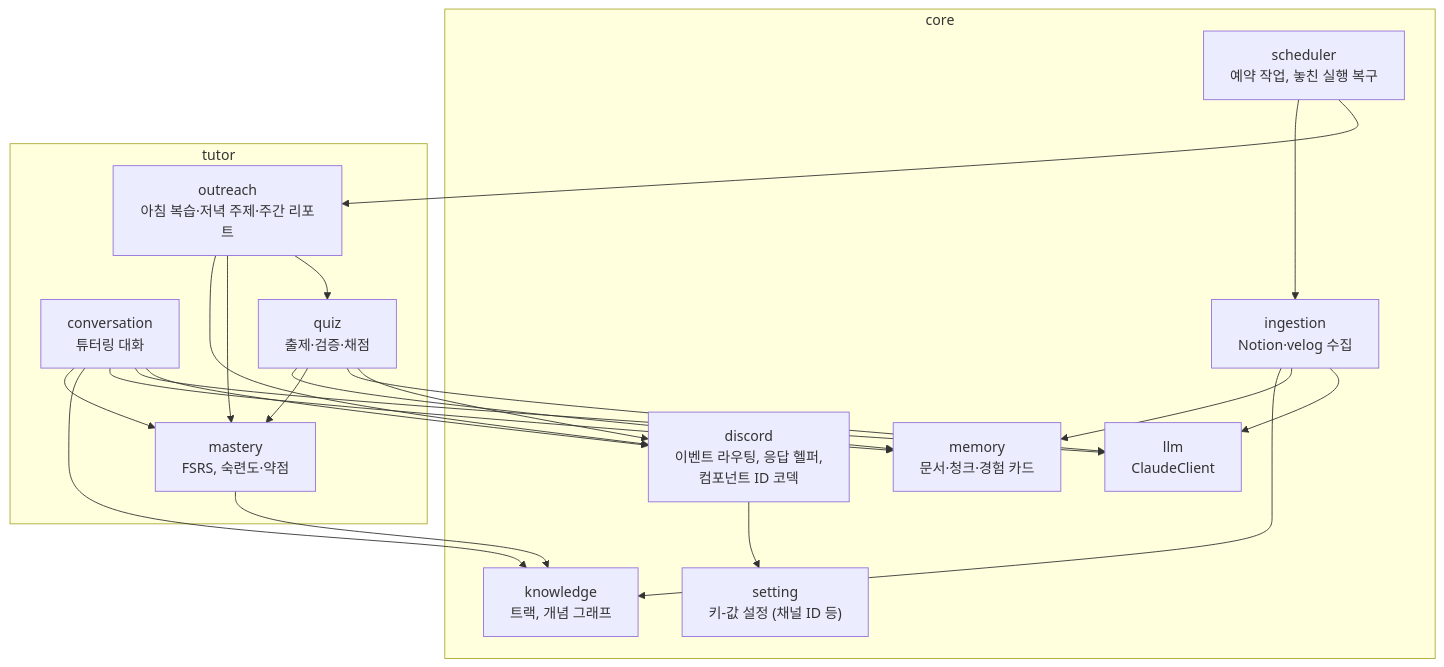
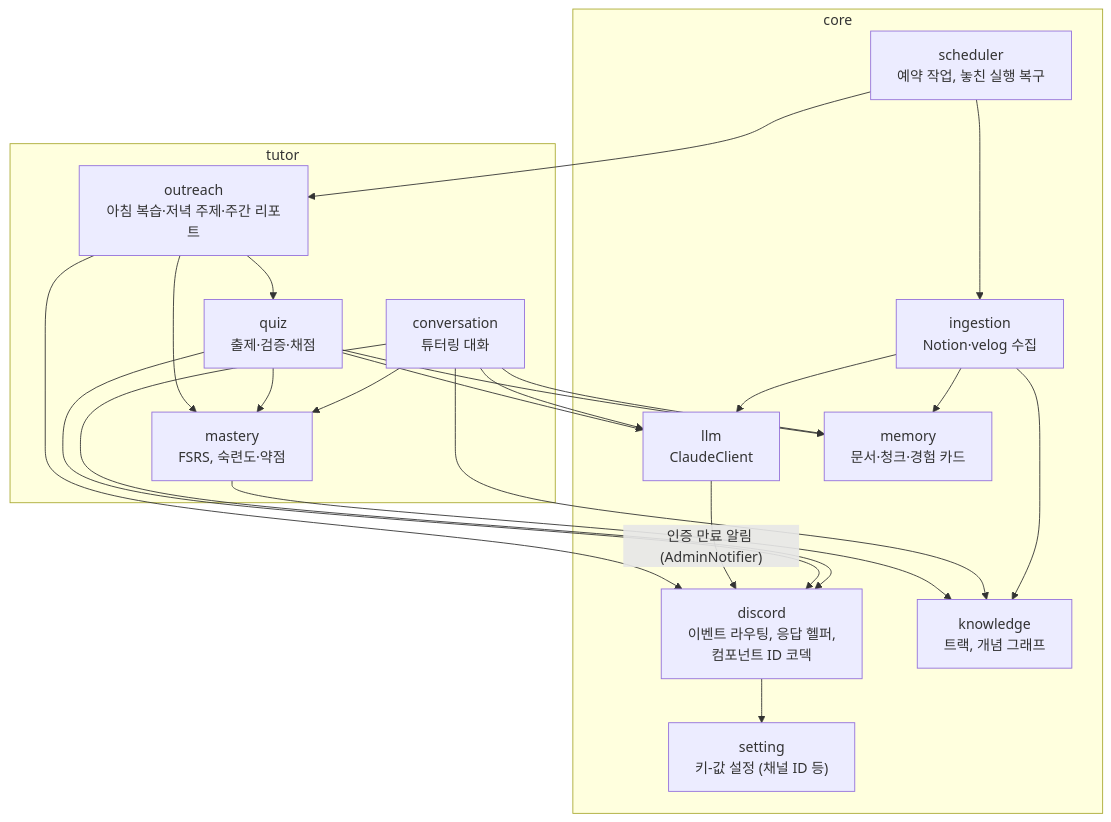
One commit to Wonchang0314/growth-assistant changed the diagram in docs/architecture/c4-3-component.md. Above: the diagram before and after it, drawn with Mermaid. The commit also changed 20 other files, not shown here.

````diff
--- a/docs/architecture/c4-3-component.md
+++ b/docs/architecture/c4-3-component.md
@@ -5,43 +5,44 @@
 ```mermaid
 flowchart TB
     subgraph core
         discordGw["discord<br/>이벤트 라우팅, 응답 헬퍼,<br/>컴포넌트 ID 코덱"]
         llm["llm<br/>ClaudeClient"]
         memory["memory<br/>문서·청크·경험 카드"]
         knowledge["knowledge<br/>트랙, 개념 그래프"]
         ingestion["ingestion<br/>Notion·velog 수집"]
         scheduler["scheduler<br/>예약 작업, 놓친 실행 복구"]
         setting["setting<br/>키-값 설정 (채널 ID 등)"]
     end
 
     subgraph tutor
         conversation["conversation<br/>튜터링 대화"]
         quiz["quiz<br/>출제·검증·채점"]
         mastery["mastery<br/>FSRS, 숙련도·약점"]
         outreach["outreach<br/>아침 복습·저녁 주제·주간 리포트"]
     end
 
     conversation --> discordGw
     quiz --> discordGw
     scheduler --> outreach
     scheduler --> ingestion
     discordGw --> setting
+    llm -->|"인증 만료 알림 (AdminNotifier)"| discordGw
 
     ingestion --> llm
     ingestion --> memory
     ingestion --> knowledge
 
     conversation --> llm
     conversation --> memory
     conversation --> knowledge
     conversation --> mastery
 
     quiz --> llm
     quiz --> mastery
     quiz --> memory
 
     mastery --> knowledge
     outreach --> quiz
     outreach --> mastery
     outreach --> discordGw
 ```
````
